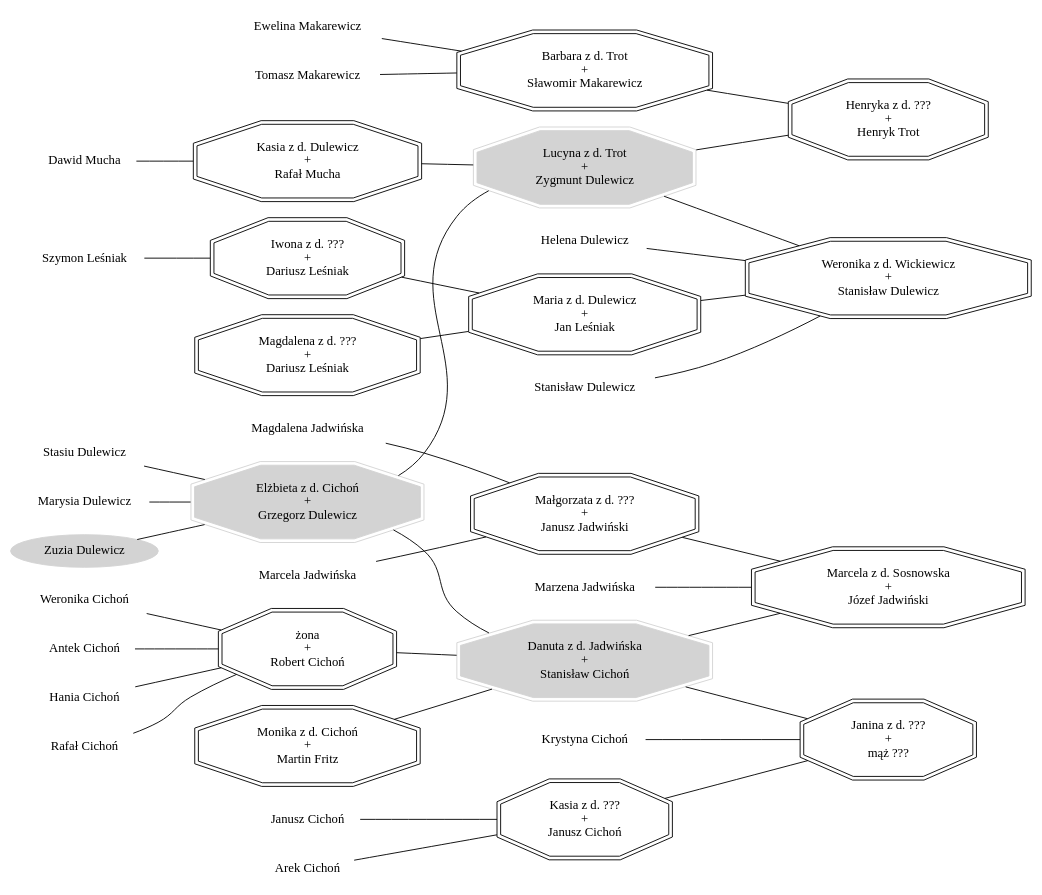
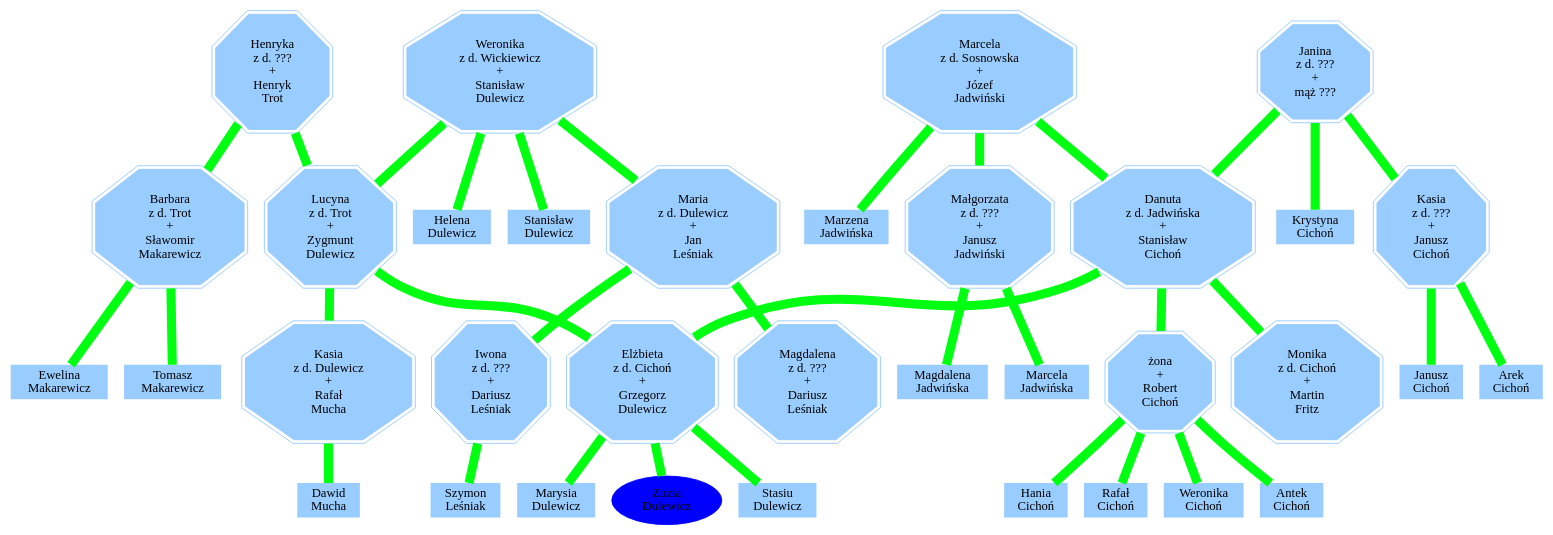
The diagram in family.dot (grregd/genealogia), drawn with Graphviz before and after one commit.

```diff
--- a/family.dot
+++ b/family.dot
@@ -1,175 +1,176 @@
 graph {
 
-    rankdir = LR;
-    node [shape=plaintext]
-    edge []
-
+    rankdir = BT;
+    //bgcolor=transparent
+    node [shape=plaintext color="#99ccff" style=filled fontcolor=black]
+    edge [penwidth=10 color="#00ff11"]
+    
 subgraph{
 
-    bm [label="Barbara z d. Trot \n+\n Sławomir Makarewicz" shape=doubleoctagon]
+    bm [label="Barbara \n z d. Trot \n+\n Sławomir \n Makarewicz" shape=doubleoctagon]
 
-    bm_1 [label="Ewelina Makarewicz"]
-    bm_2 [label="Tomasz Makarewicz"]
+    bm_1 [label="Ewelina \n Makarewicz"]
+    bm_2 [label="Tomasz \n Makarewicz"]
 
     bm_1 -- bm
     bm_2 -- bm
 }
 
     
 
 subgraph {
-    eg [label="Elżbieta z d. Cichoń \n+\n Grzegorz Dulewicz" shape=doubleoctagon style=filled color=lightgrey]
+    eg [label="Elżbieta \n z d. Cichoń \n+\n Grzegorz \n Dulewicz" shape=doubleoctagon]
 
-    md [label="Marysia Dulewicz"]
-    zd [label="Zuzia Dulewicz" style=filled color=lightgrey shape=oval]
-    sd [label="Stasiu Dulewicz"]
+    md [label="Marysia \n Dulewicz"]
+    zd [label="Zuzia \n Dulewicz" style=filled color=blue shape=oval]
+    sd [label="Stasiu \n Dulewicz"]
 
     md -- eg;
     zd -- eg;
     sd -- eg;
 }
 
 subgraph {
 
-   ds [label="Danuta z d. Jadwińska \n+\n Stanisław Cichoń" shape=doubleoctagon style=filled color=lightgrey]
+   ds [label="Danuta \n z d. Jadwińska \n+\n Stanisław \n Cichoń" shape=doubleoctagon] color=blue
 
     żr -- ds;
     eg -- ds;
     mm -- ds;  
 
 }
 
 subgraph {
 
-    lz [label="Lucyna z d. Trot \n+\n Zygmunt Dulewicz" shape=doubleoctagon style=filled color=lightgrey]
+    lz [label="Lucyna \n z d. Trot \n+\n Zygmunt \n Dulewicz" shape=doubleoctagon]
 
     kr -- lz;
     eg -- lz;
 }
 subgraph {
 
-   żr [label="żona \n+\n Robert Cichoń" shape=doubleoctagon]
+   żr [label="żona \n+\n Robert \n Cichoń" shape=doubleoctagon]
 
-   rac [label="Rafał Cichoń"]
-   wc [label="Weronika Cichoń"]
-   ac [label="Antek Cichoń"]
-   hc [label="Hania Cichoń"]
+   rac [label="Rafał \n Cichoń"]
+   wc [label="Weronika \n Cichoń"]
+   ac [label="Antek \n Cichoń"]
+   hc [label="Hania \n Cichoń"]
 
     rac -- żr
     wc -- żr
     ac -- żr
     hc -- żr
 }
 
 
 subgraph {   
    
-  mm [label="Monika z d. Cichoń \n+\n Martin Fritz" shape=doubleoctagon]
+  mm [label="Monika \n z d. Cichoń \n+\n Martin \n Fritz" shape=doubleoctagon]
 }
 
 
 subgraph{
-   kr [label="Kasia z d. Dulewicz \n+ \n Rafał Mucha" shape=doubleoctagon]
+   kr [label="Kasia \n z d. Dulewicz \n+ \n Rafał \n Mucha" shape=doubleoctagon]
 
-   dm [label="Dawid Mucha"]
+   dm [label="Dawid \n Mucha"]
 
    dm -- kr 
 }
 
 subgraph {
-    ht [label="Henryka z d. ??? \n+\n Henryk Trot" shape=doubleoctagon]
+    ht [label="Henryka \n z d. ??? \n+\n Henryk \n Trot" shape=doubleoctagon]
 
     lz -- ht
     bm -- ht
 }
 
 
 subgraph{
 
-   ws [label="Weronika z d. Wickiewicz \n+\n Stanisław Dulewicz" shape=doubleoctagon]
+   ws [label="Weronika \n z d. Wickiewicz \n+\n Stanisław \n Dulewicz" shape=doubleoctagon]
 
-   hd [label="Helena Dulewicz"]
-   kad [label="Stanisław Dulewicz"]
+   hd [label="Helena \n Dulewicz"]
+   kad [label="Stanisław \n Dulewicz"]
    
     hd -- ws
     kad -- ws 
     lz -- ws
 }
 
 
 subgraph{
 
-    mja [label="Małgorzata z d. ??? \n+\n Janusz Jadwiński" shape=doubleoctagon]
+    mja [label="Małgorzata \n z d. ??? \n+\n Janusz \n Jadwiński" shape=doubleoctagon]
 
-    mgj [label="Magdalena Jadwińska"]
-    mrj [label="Marcela Jadwińska"]
+    mgj [label="Magdalena \n Jadwińska"]
+    mrj [label="Marcela \n Jadwińska"]
    
     mrj -- mja
     mgj -- mja
 }
 
 
 
 subgraph{
 
-   mdjl [label="Maria z d. Dulewicz \n+\n Jan Leśniak" shape=doubleoctagon]
+   mdjl [label="Maria \n z d. Dulewicz \n+\n Jan \n Leśniak" shape=doubleoctagon]
 
    mdjl -- ws
    mdl -- mdjl
    idl -- mdjl
 }
 
 
 subgraph{
 
-    mdl [label="Magdalena z d. ??? \n+\n Dariusz Leśniak" shape=doubleoctagon]
+    mdl [label="Magdalena \n z d. ??? \n+\n Dariusz \n Leśniak" shape=doubleoctagon]
 }
 
 
 subgraph{
 
-    idl [label="Iwona z d. ??? \n+\n Dariusz Leśniak" shape=doubleoctagon]
+    idl [label="Iwona \n z d. ??? \n+\n Dariusz \n Leśniak" shape=doubleoctagon]
 
-    idl_1 [label="Szymon Leśniak"]
+    idl_1 [label="Szymon \n Leśniak"]
     idl_1 -- idl
 }
 
 
 subgraph{
 
-   mj [label="Marcela z d. Sosnowska \n+\n Józef Jadwiński" shape=doubleoctagon]
+   mj [label="Marcela \n z d. Sosnowska \n+\n Józef \n Jadwiński" shape=doubleoctagon]
 
   
-   maj [label="Marzena Jadwińska"]
+   maj [label="Marzena \n Jadwińska"]
 
     ds -- mj
     maj -- mj
     mja -- mj
 }
 
 
 subgraph{
    
-   jm [label="Janina z d. ??? \n+\n mąż ???" shape=doubleoctagon]
+   jm [label="Janina \n z d. ??? \n+\n mąż ???" shape=doubleoctagon]
 
-   kc [label="Krystyna Cichoń"]
+   kc [label="Krystyna \n Cichoń"]
     
     ds -- jm
     kc -- jm
     jk -- jm 
 }
 
 
 subgraph{
 
-   jk [label="Kasia z d. ??? \n+\n Janusz Cichoń" shape=doubleoctagon]
+   jk [label="Kasia \n z d. ??? \n+\n Janusz \n Cichoń" shape=doubleoctagon]
 
-   jaj [label="Janusz Cichoń"]
-   arc [label="Arek Cichoń"]
+   jaj [label="Janusz \n Cichoń"]
+   arc [label="Arek \n Cichoń"]
 
     jaj -- jk
     arc -- jk
 }
 
 
 }
```
